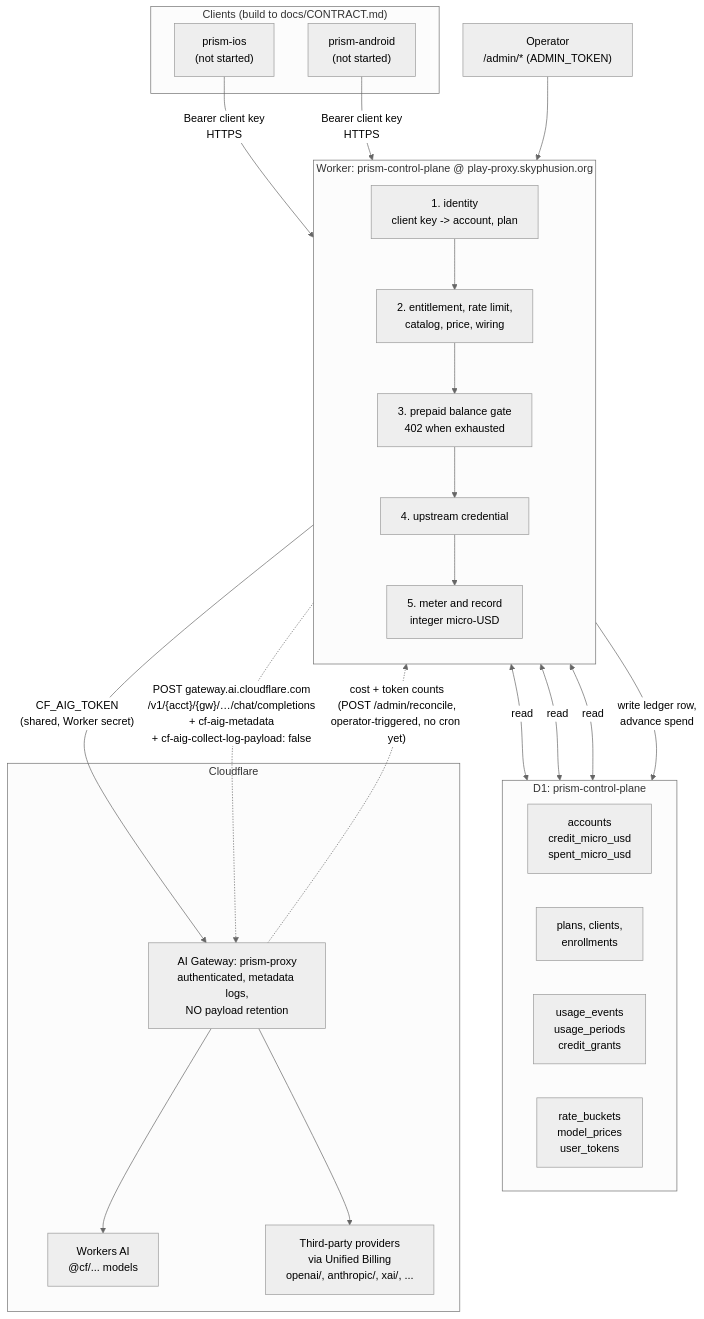
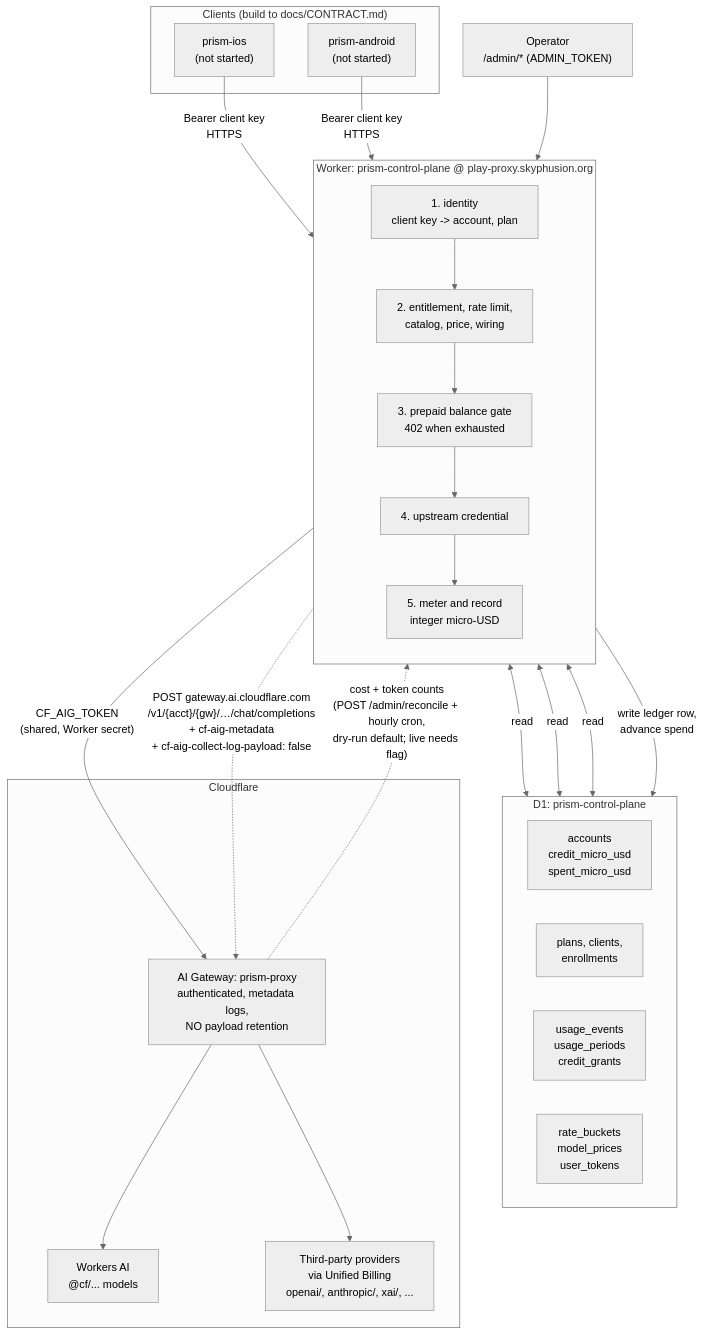
The diagram in docs/ARCHITECTURE.md (skyphusion-labs/prism-control-plane), drawn with Mermaid (neutral theme) before and after one commit. The commit also changed other lines of this file and 8 other files, not shown here.

First line of the commit message:
feat(ops): hourly reconcile cron (dry-run default)

````diff
--- a/docs/ARCHITECTURE.md
+++ b/docs/ARCHITECTURE.md
@@ -40,50 +40,50 @@
 ```mermaid
 flowchart TB
     subgraph clients["Clients (build to docs/CONTRACT.md)"]
         ios["prism-ios<br/>(not started)"]
         android["prism-android<br/>(not started)"]
     end
 
     subgraph worker["Worker: prism-control-plane @ play-proxy.skyphusion.org"]
         direction TB
         auth["1. identity<br/>client key -> account, plan"]
         gates["2. entitlement, rate limit,<br/>catalog, price, wiring"]
         balance["3. prepaid balance gate<br/>402 when exhausted"]
         cred["4. upstream credential"]
         meter["5. meter and record<br/>integer micro-USD"]
     end
 
     subgraph d1["D1: prism-control-plane"]
         direction LR
         t1["accounts<br/>credit_micro_usd<br/>spent_micro_usd"]
         t2["plans, clients,<br/>enrollments"]
         t3["usage_events<br/>usage_periods<br/>credit_grants"]
         t4["rate_buckets<br/>model_prices<br/>user_tokens"]
     end
 
     admin["Operator<br/>/admin/* (ADMIN_TOKEN)"]
 
     subgraph cf["Cloudflare"]
         gw["AI Gateway: prism-proxy<br/>authenticated, metadata logs,<br/>NO payload retention"]
         wai["Workers AI<br/>@cf/... models"]
         prov["Third-party providers<br/>via Unified Billing<br/>openai/, anthropic/, xai/, ..."]
     end
 
     ios -->|"Bearer client key<br/>HTTPS"| auth
     android -->|"Bearer client key<br/>HTTPS"| auth
     admin --> worker
 
     auth --> gates --> balance --> cred --> meter
 
     auth <-->|"read"| d1
     gates <-->|"read"| d1
     balance <-->|"read"| d1
     meter -->|"write ledger row,<br/>advance spend"| d1
 
     cred -->|"CF_AIG_TOKEN<br/>(shared, Worker secret)"| gw
     meter -.->|"POST gateway.ai.cloudflare.com<br/>/v1/{acct}/{gw}/…/chat/completions<br/>+ cf-aig-metadata<br/>+ cf-aig-collect-log-payload: false"| gw
     gw --> wai
     gw --> prov
 
-    gw -.->|"cost + token counts<br/>(POST /admin/reconcile,<br/>operator-triggered, no cron yet)"| meter
+    gw -.->|"cost + token counts<br/>(POST /admin/reconcile + hourly cron,<br/>dry-run default; live needs flag)"| meter
 ```
````
